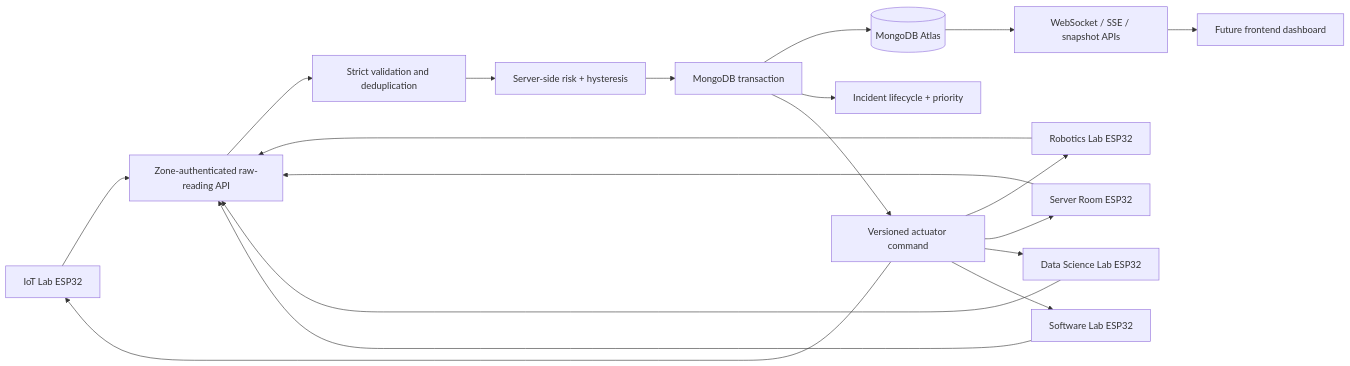
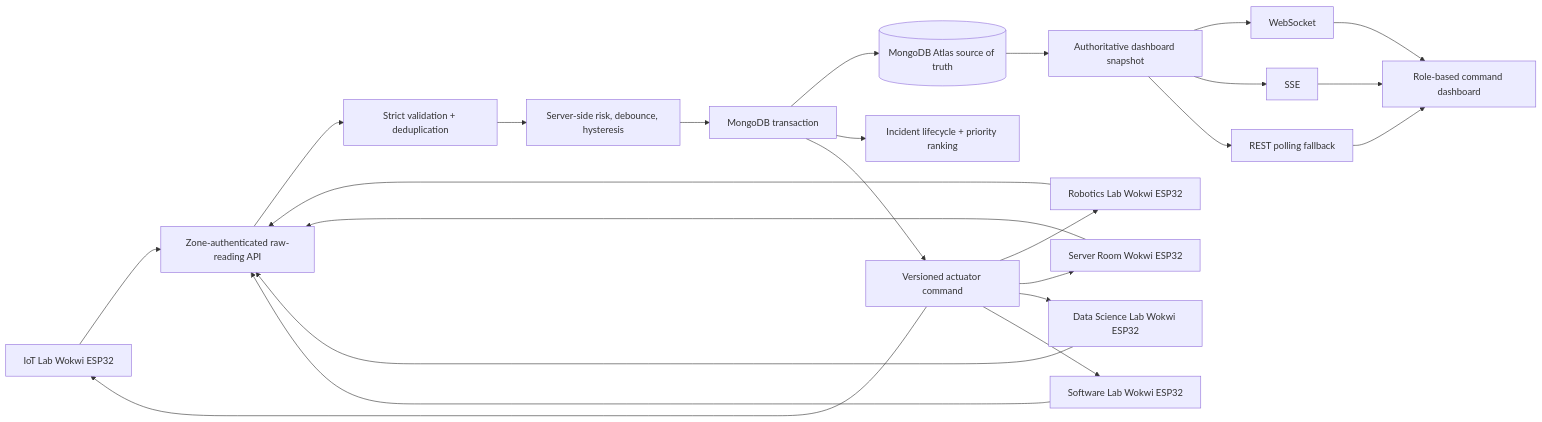
Before and after one commit to Atifhasan250/RoboFusion_SCS-RG_DevTork_R1: the diagram in docs/ARCHITECTURE.md, drawn with Mermaid. The commit also changed other lines of this file and 32 other files, not shown here.

Commit message:
feat: update docs, Wokwi simulations, ML models, deployment config and API spec

````diff
--- a/docs/ARCHITECTURE.md
+++ b/docs/ARCHITECTURE.md
@@ -5,21 +5,26 @@
 ```mermaid
 flowchart LR
-  Z1[IoT Lab ESP32] --> API
-  Z2[Robotics Lab ESP32] --> API
-  Z3[Server Room ESP32] --> API
-  Z4[Data Science Lab ESP32] --> API
-  Z5[Software Lab ESP32] --> API
-  API[Zone-authenticated raw-reading API] --> V[Strict validation and deduplication]
-  V --> R[Server-side risk + hysteresis]
-  R --> TX[MongoDB transaction]
-  TX --> DB[(MongoDB Atlas)]
-  TX --> I[Incident lifecycle + priority]
-  TX --> C[Versioned actuator command]
-  C --> Z1
-  C --> Z2
-  C --> Z3
-  C --> Z4
-  C --> Z5
-  DB --> WS[WebSocket / SSE / snapshot APIs]
-  WS --> FUTURE[Future frontend dashboard]
+  Z1[IoT Lab Wokwi ESP32] --> INGEST
+  Z2[Robotics Lab Wokwi ESP32] --> INGEST
+  Z3[Server Room Wokwi ESP32] --> INGEST
+  Z4[Data Science Lab Wokwi ESP32] --> INGEST
+  Z5[Software Lab Wokwi ESP32] --> INGEST
+  INGEST[Zone-authenticated raw-reading API] --> VALIDATE[Strict validation + deduplication]
+  VALIDATE --> RISK[Server-side risk, debounce, hysteresis]
+  RISK --> TX[MongoDB transaction]
+  TX --> DB[(MongoDB Atlas source of truth)]
+  TX --> INCIDENT[Incident lifecycle + priority ranking]
+  TX --> COMMAND[Versioned actuator command]
+  COMMAND --> Z1
+  COMMAND --> Z2
+  COMMAND --> Z3
+  COMMAND --> Z4
+  COMMAND --> Z5
+  DB --> SNAP[Authoritative dashboard snapshot]
+  SNAP --> WS[WebSocket]
+  SNAP --> SSE[SSE]
+  SNAP --> REST[REST polling fallback]
+  WS --> UI[Role-based command dashboard]
+  SSE --> UI
+  REST --> UI
 ```
````
